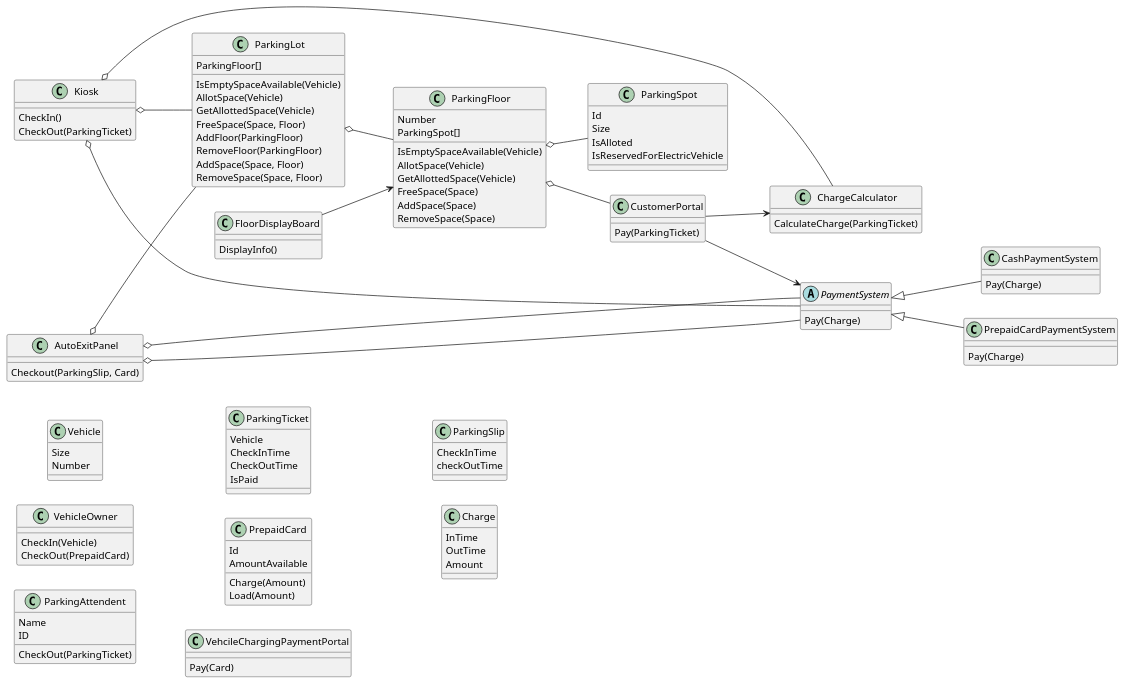
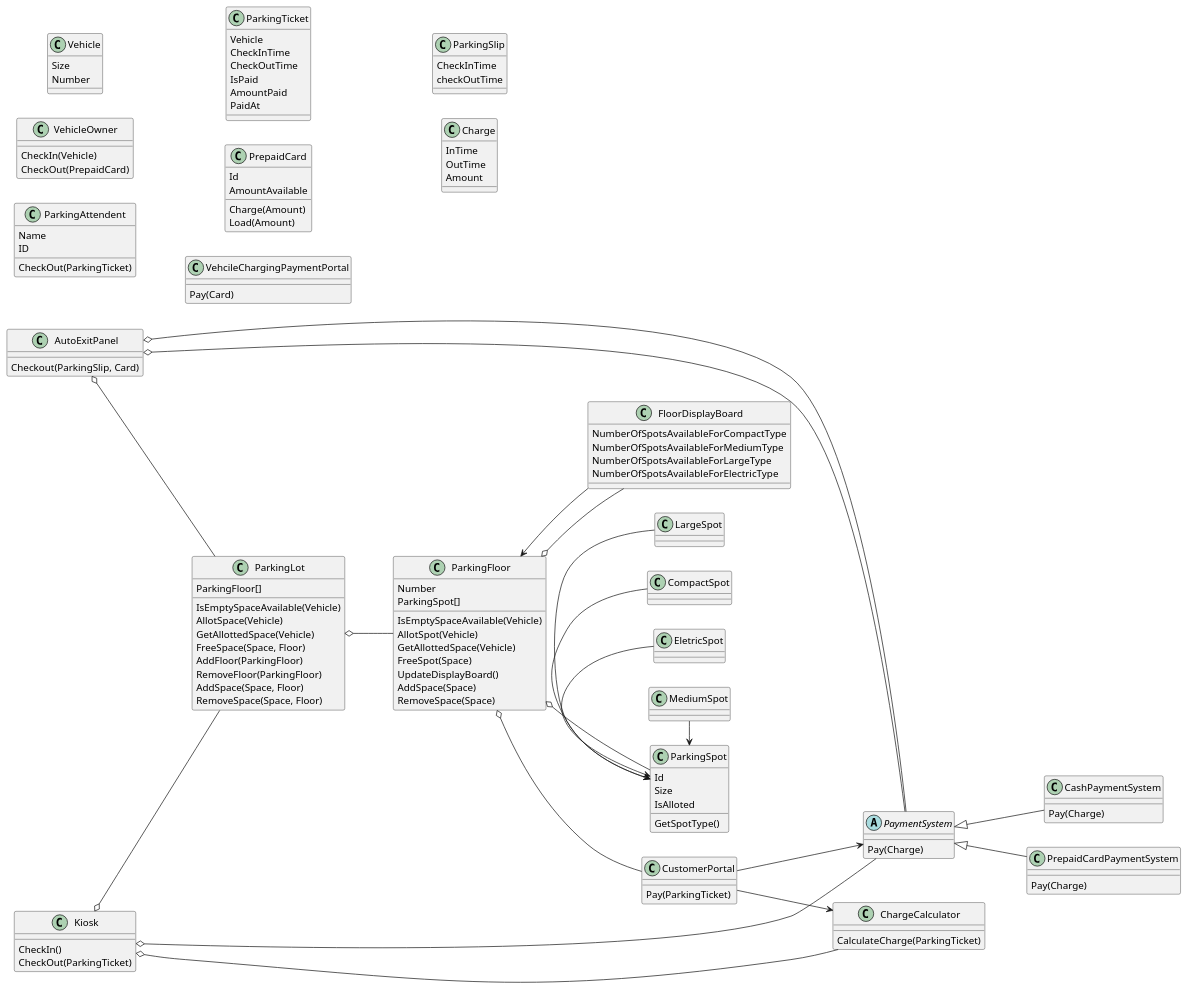
The first of 4 diagrams in solutions/parkinglot-management-system/class-and-sequence-diagrams.wsd (prashanthr84/designexercises), drawn with PlantUML before and after one commit. The commit also changed 1 other file, not shown here.

```diff
--- a/solutions/parkinglot-management-system/class-and-sequence-diagrams.wsd
+++ b/solutions/parkinglot-management-system/class-and-sequence-diagrams.wsd
@@ -1,133 +1,158 @@
 @startuml parking management system class diagram
 
 class Vehicle {
     Size
     Number
 }
 
 class VehicleOwner {
     CheckIn(Vehicle)
     CheckOut(PrepaidCard)
 }
 
 class Kiosk {
     CheckIn()
     CheckOut(ParkingTicket)
 }
 
 class ParkingAttendent {
     Name
     ID
     CheckOut(ParkingTicket)
 }
 
 class ParkingTicket {
     Vehicle
     CheckInTime
     CheckOutTime
     IsPaid
+    AmountPaid
+    PaidAt
 }
 
 class ChargeCalculator {
     CalculateCharge(ParkingTicket)
 }
 
 class ParkingLot {
     ParkingFloor[]
     IsEmptySpaceAvailable(Vehicle)
     AllotSpace(Vehicle)
     GetAllottedSpace(Vehicle)
     FreeSpace(Space, Floor)
     AddFloor(ParkingFloor)
     RemoveFloor(ParkingFloor)
     AddSpace(Space, Floor)
     RemoveSpace(Space, Floor)
 }
 
 class ParkingFloor {
     Number
     ParkingSpot[]
     IsEmptySpaceAvailable(Vehicle)
-    AllotSpace(Vehicle)
+    AllotSpot(Vehicle)
     GetAllottedSpace(Vehicle)
-    FreeSpace(Space)
+    FreeSpot(Space)
+    UpdateDisplayBoard()
     AddSpace(Space)
     RemoveSpace(Space)
 }
 
 abstract class PaymentSystem {
     Pay(Charge)
 }
 
 class CashPaymentSystem {
     Pay(Charge)
 }
 
 class PrepaidCardPaymentSystem {
     Pay(Charge)
 }
 
-
-
-
 class ParkingSpot {
     Id
     Size
     IsAlloted
-    IsReservedForElectricVehicle
+    GetSpotType()
 }
+
+class CompactSpot {  
+}
+
+class LargeSpot{
+
+}
+
+class EletricSpot {
+
+}
+
+class MediumSpot {
+
+}
+
+CompactSpot -> ParkingSpot
+MediumSpot -> ParkingSpot
+LargeSpot -> ParkingSpot
+EletricSpot -> ParkingSpot
 
 class PrepaidCard {
     Id
     AmountAvailable
     Charge(Amount)
     Load(Amount)
 }
 
 class CustomerPortal {
     Pay(ParkingTicket)
 }
 
 class AutoExitPanel {
     Checkout(ParkingSlip, Card)
 }
 
 class FloorDisplayBoard {
-    DisplayInfo()
+    NumberOfSpotsAvailableForCompactType
+    NumberOfSpotsAvailableForMediumType
+    NumberOfSpotsAvailableForLargeType
+    NumberOfSpotsAvailableForElectricType
 }
+
+ParkingFloor o-- FloorDisplayBoard
 
 class VehcileChargingPaymentPortal {
     Pay(Card)
 }
 
 class ParkingSlip {
     CheckInTime
     checkOutTime
 }
 
 class Charge {
     InTime
     OutTime
     Amount
 }
 
 Kiosk o-- PaymentSystem
 Kiosk o-- ParkingLot
 
 PaymentSystem <|-- CashPaymentSystem
 PaymentSystem <|-- PrepaidCardPaymentSystem
 Kiosk o--- ChargeCalculator
 CustomerPortal --> ChargeCalculator
 CustomerPortal --> PaymentSystem
 
 left to right direction
 ParkingFloor o-- CustomerPortal
 ParkingLot o-- ParkingFloor
 ParkingFloor o-- ParkingSpot
 
 AutoExitPanel o-- ParkingLot
 AutoExitPanel o-- PaymentSystem
 AutoExitPanel o-- PaymentSystem
 
 FloorDisplayBoard --> ParkingFloor
 @enduml
```
